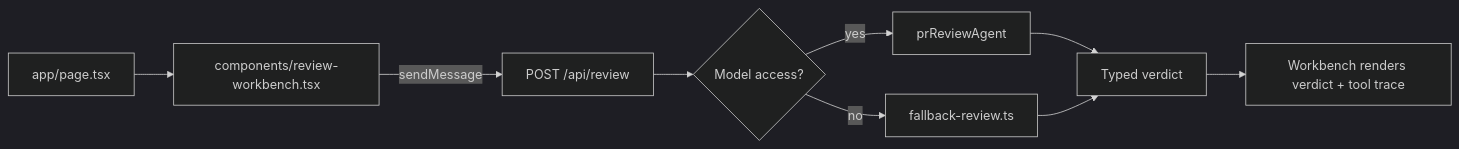
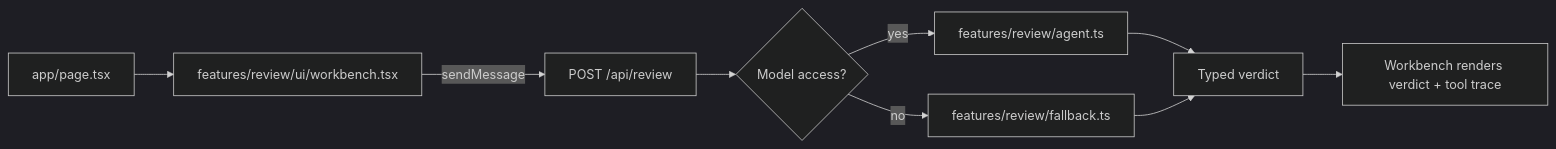
The diagram in docs/architecture.md (Brandon168/patch-lens), drawn with Mermaid (dark theme) before and after one commit. The commit also changed other lines of this file and 16 other files, not shown here.

````diff
--- a/docs/architecture.md
+++ b/docs/architecture.md
@@ -5,11 +5,11 @@
 ```mermaid
 flowchart LR
-  A["app/page.tsx"] --> B["components/review-workbench.tsx"]
+  A["app/page.tsx"] --> B["features/review/ui/workbench.tsx"]
   B -->|sendMessage| C["POST /api/review"]
   C --> D{"Model access?"}
-  D -->|yes| E["prReviewAgent"]
-  D -->|no| F["fallback-review.ts"]
+  D -->|yes| E["features/review/agent.ts"]
+  D -->|no| F["features/review/fallback.ts"]
   E --> G["Typed verdict"]
   F --> G
   G --> H["Workbench renders verdict + tool trace"]
 ```
````
